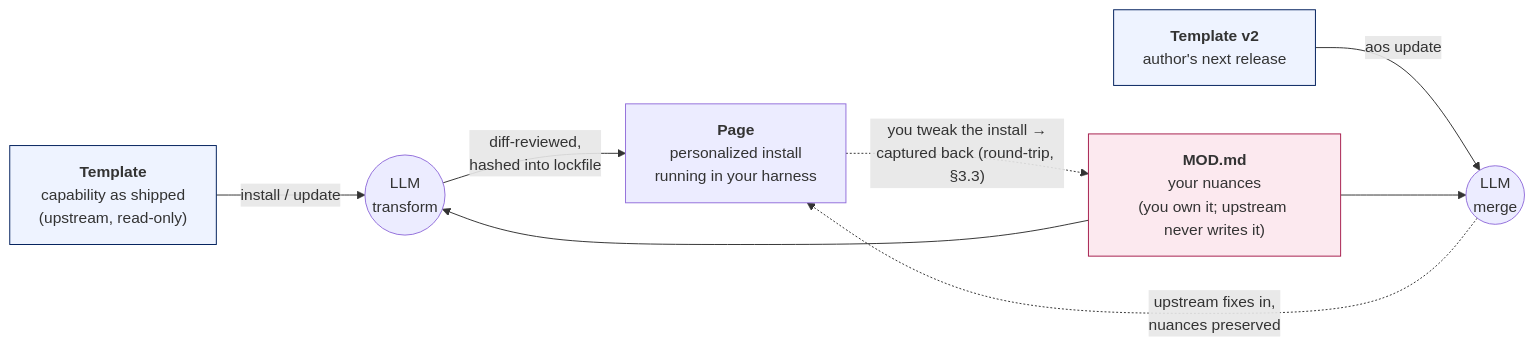
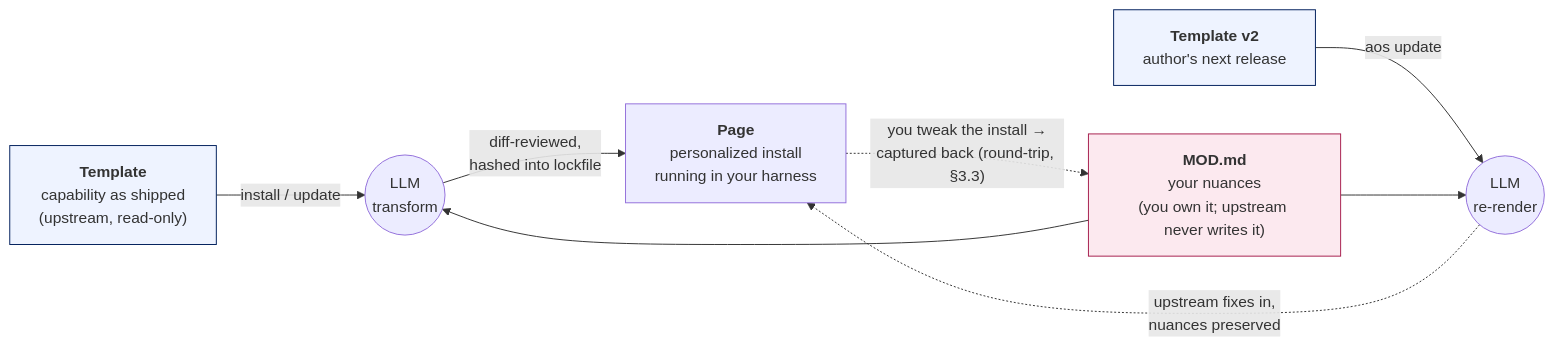
The second of 4 diagrams in ARCHITECTURE.md (AlmogBaku/aos), drawn with Mermaid before and after one commit. The commit also changed other lines of this file and 4 other files, not shown here.

First line of the commit message:
spec: review fixes — retire merge wording everywhere, RFC-004 outcome in §5.4/install-flow, roster of four, path staleness

````diff
--- a/ARCHITECTURE.md
+++ b/ARCHITECTURE.md
@@ -306,18 +306,18 @@
 ```mermaid
 flowchart LR
     T["<b>Template</b><br/>capability as shipped<br/>(upstream, read-only)"]
     M["<b>MOD.md</b><br/>your nuances<br/>(you own it; upstream never writes it)"]
     P["<b>Page</b><br/>personalized install<br/>running in your harness"]
 
     T -->|"install / update"| X(("LLM<br/>transform"))
     M --> X
     X -->|"diff-reviewed,<br/>hashed into lockfile"| P
     P -.->|"you tweak the install →<br/>captured back (round-trip, §3.3)"| M
-    T2["<b>Template v2</b><br/>author's next release"] -->|"aos update"| Y(("LLM<br/>merge"))
+    T2["<b>Template v2</b><br/>author's next release"] -->|"aos update"| Y(("LLM<br/>re-render"))
     M --> Y
     Y -.->|"upstream fixes in,<br/>nuances preserved"| P
 
     style M fill:#FCE9EF,stroke:#A61E4D
     style T fill:#EEF3FF,stroke:#001F5C
     style T2 fill:#EEF3FF,stroke:#001F5C
 ```
````
